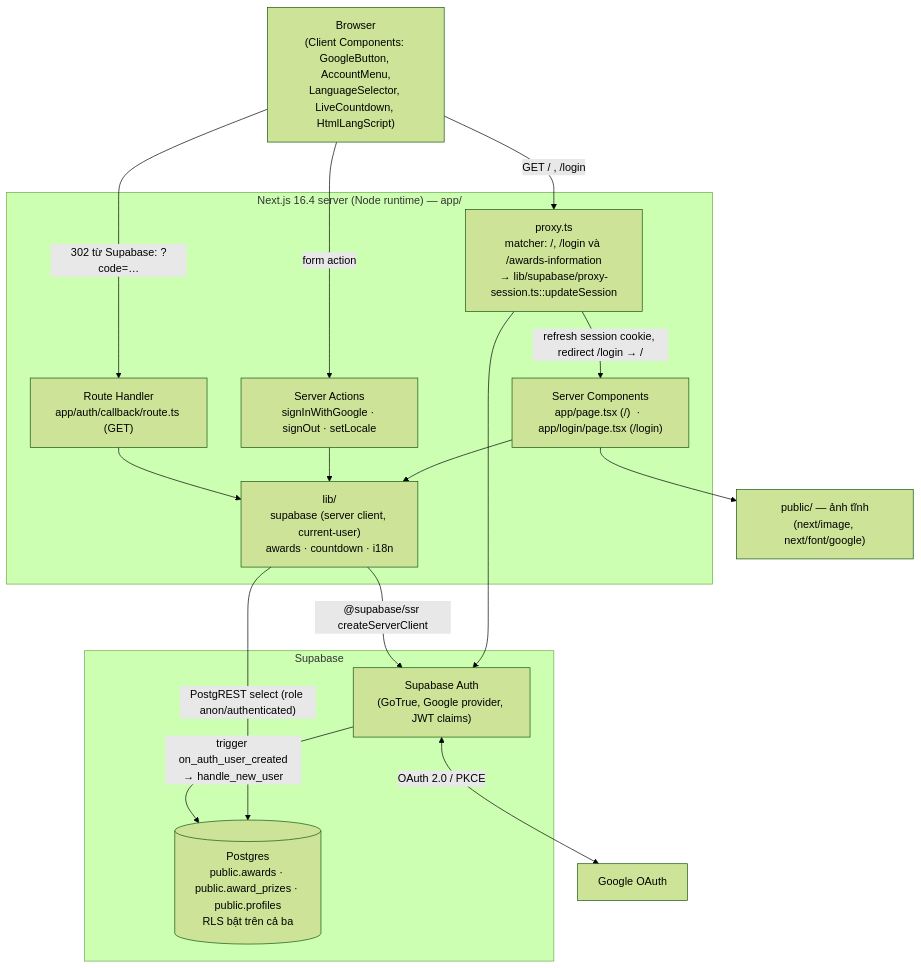
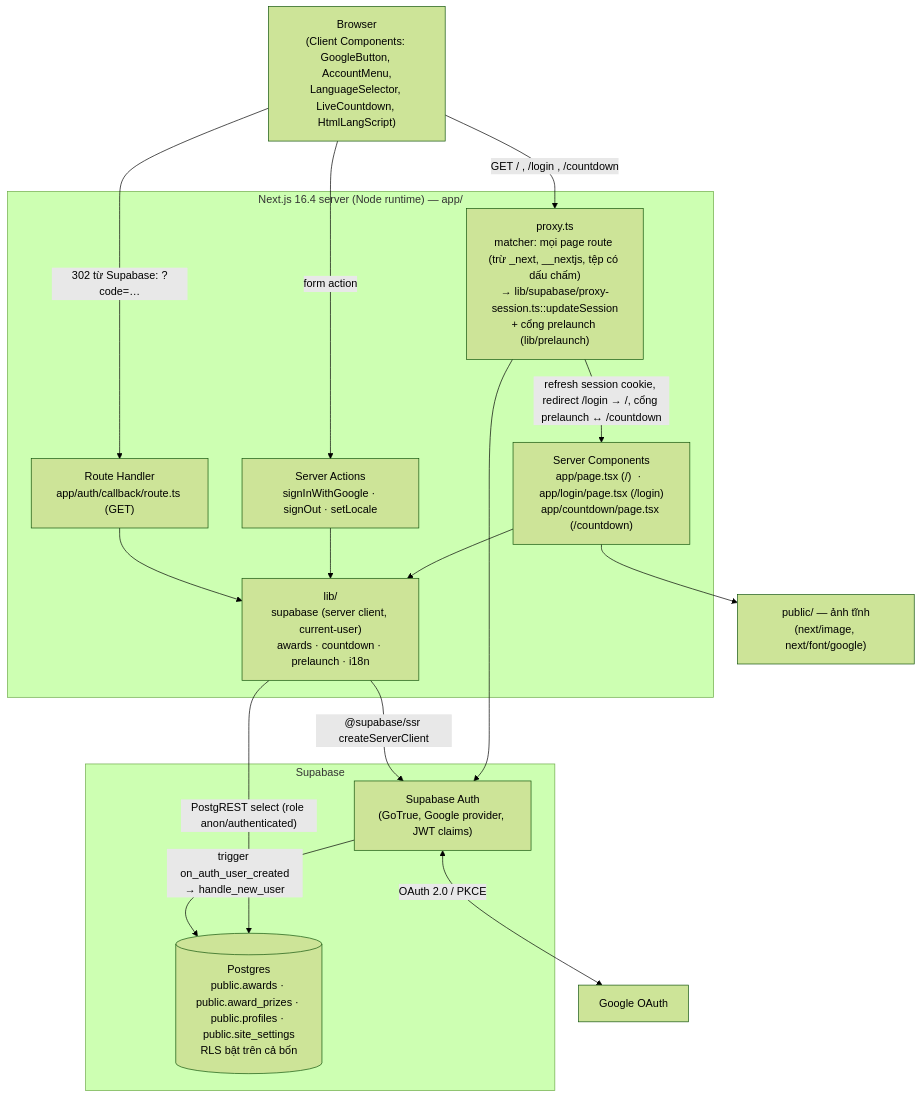
The first of 3 diagrams in docs/system/overview.md (lannp-3774/agentic-coding-hands-on), drawn with Mermaid (forest theme) before and after one commit. The commit also changed other lines of this file and 21 other files, not shown here.

First line of the commit message:
docs(spec): add F005 countdown prelaunch spec and sync generated docs

````diff
--- a/docs/system/overview.md
+++ b/docs/system/overview.md
@@ -17,34 +17,34 @@
 ```mermaid
 graph TB
     Browser["Browser<br/>(Client Components: GoogleButton, AccountMenu,<br/>LanguageSelector, LiveCountdown, HtmlLangScript)"]
 
     subgraph NextApp["Next.js 16.4 server (Node runtime) — app/"]
-        Proxy["proxy.ts<br/>matcher: /, /login và /awards-information<br/>→ lib/supabase/proxy-session.ts::updateSession"]
-        Pages["Server Components<br/>app/page.tsx (/)  ·  app/login/page.tsx (/login)"]
+        Proxy["proxy.ts<br/>matcher: mọi page route (trừ _next, __nextjs, tệp có dấu chấm)<br/>→ lib/supabase/proxy-session.ts::updateSession<br/>+ cổng prelaunch (lib/prelaunch)"]
+        Pages["Server Components<br/>app/page.tsx (/)  ·  app/login/page.tsx (/login)<br/>app/countdown/page.tsx (/countdown)"]
         Callback["Route Handler<br/>app/auth/callback/route.ts (GET)"]
         Actions["Server Actions<br/>signInWithGoogle · signOut · setLocale"]
-        Libs["lib/<br/>supabase (server client, current-user)<br/>awards · countdown · i18n"]
+        Libs["lib/<br/>supabase (server client, current-user)<br/>awards · countdown · prelaunch · i18n"]
     end
 
     subgraph Supa["Supabase"]
         Auth["Supabase Auth<br/>(GoTrue, Google provider, JWT claims)"]
-        PG[("Postgres<br/>public.awards · public.award_prizes · public.profiles<br/>RLS bật trên cả ba")]
+        PG[("Postgres<br/>public.awards · public.award_prizes · public.profiles · public.site_settings<br/>RLS bật trên cả bốn")]
     end
 
     Google["Google OAuth"]
     Static["public/ — ảnh tĩnh<br/>(next/image, next/font/google)"]
 
-    Browser -->|"GET / , /login"| Proxy
-    Proxy -->|"refresh session cookie, redirect /login → /"| Pages
+    Browser -->|"GET / , /login , /countdown"| Proxy
+    Proxy -->|"refresh session cookie, redirect /login → /, cổng prelaunch ↔ /countdown"| Pages
     Browser -->|"form action"| Actions
     Browser -->|"302 từ Supabase: ?code=…"| Callback
     Pages --> Libs
     Actions --> Libs
     Callback --> Libs
     Proxy --> Auth
     Libs -->|"@supabase/ssr createServerClient"| Auth
     Libs -->|"PostgREST select (role anon/authenticated)"| PG
     Auth -->|"trigger on_auth_user_created<br/>→ handle_new_user"| PG
     Auth <-->|"OAuth 2.0 / PKCE"| Google
     Pages --> Static
 ```
````
